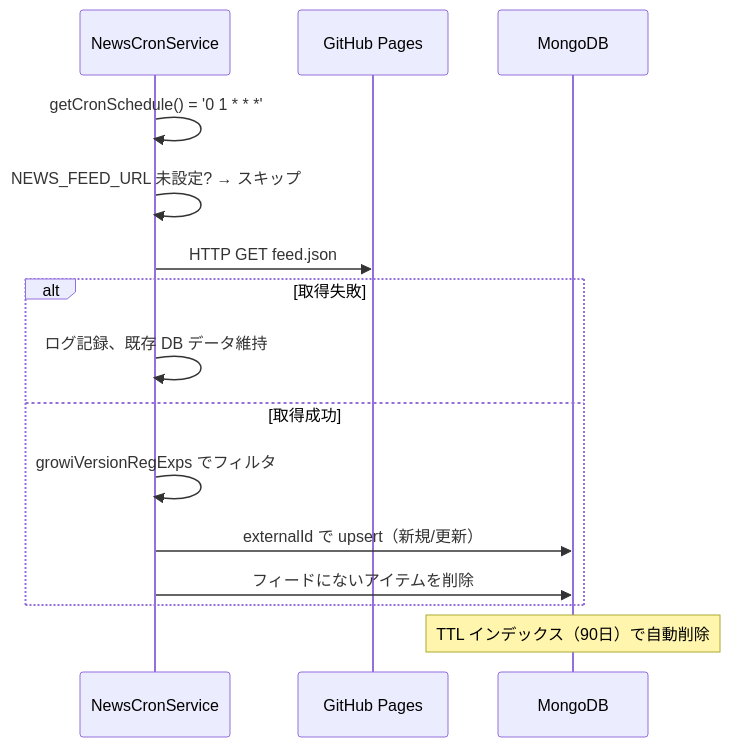
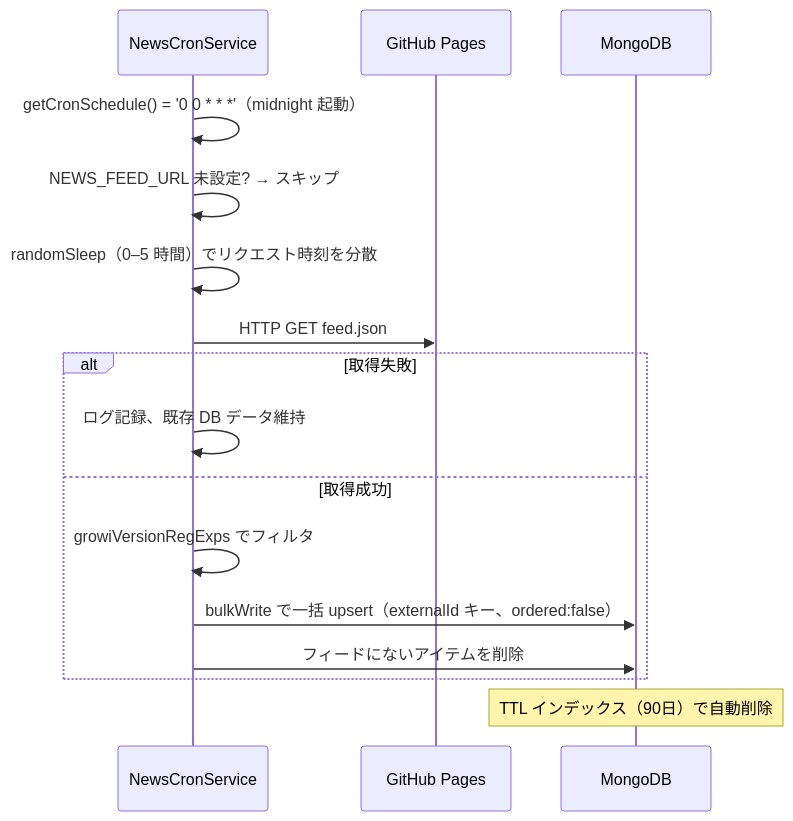
One commit to growilabs/growi changed the second of 5 diagrams in .kiro/specs/news-inappnotification/design.md. Above: the diagram before and after it, drawn with Mermaid. The commit also changed other lines of this file, not shown here.

````diff
--- a/.kiro/specs/news-inappnotification/design.md
+++ b/.kiro/specs/news-inappnotification/design.md
@@ -89,18 +90,19 @@
 ```mermaid
 sequenceDiagram
   participant Cron as NewsCronService
   participant Feed as GitHub Pages
   participant DB as MongoDB
 
-  Cron->>Cron: getCronSchedule() = '0 1 * * *'
+  Cron->>Cron: getCronSchedule() = '0 0 * * *'（midnight 起動）
   Cron->>Cron: NEWS_FEED_URL 未設定? → スキップ
+  Cron->>Cron: randomSleep（0–5 時間）でリクエスト時刻を分散
   Cron->>Feed: HTTP GET feed.json
   alt 取得失敗
     Cron->>Cron: ログ記録、既存 DB データ維持
   else 取得成功
     Cron->>Cron: growiVersionRegExps でフィルタ
-    Cron->>DB: externalId で upsert（新規/更新）
+    Cron->>DB: bulkWrite で一括 upsert（externalId キー、ordered:false）
     Cron->>DB: フィードにないアイテムを削除
   end
   Note over DB: TTL インデックス（90日）で自動削除
 ```
````
